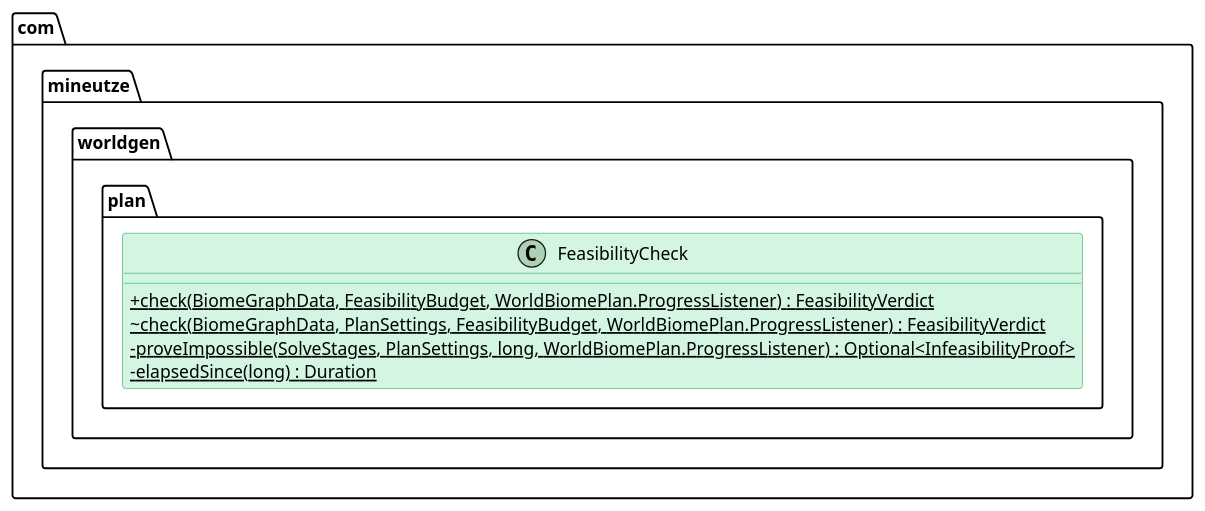
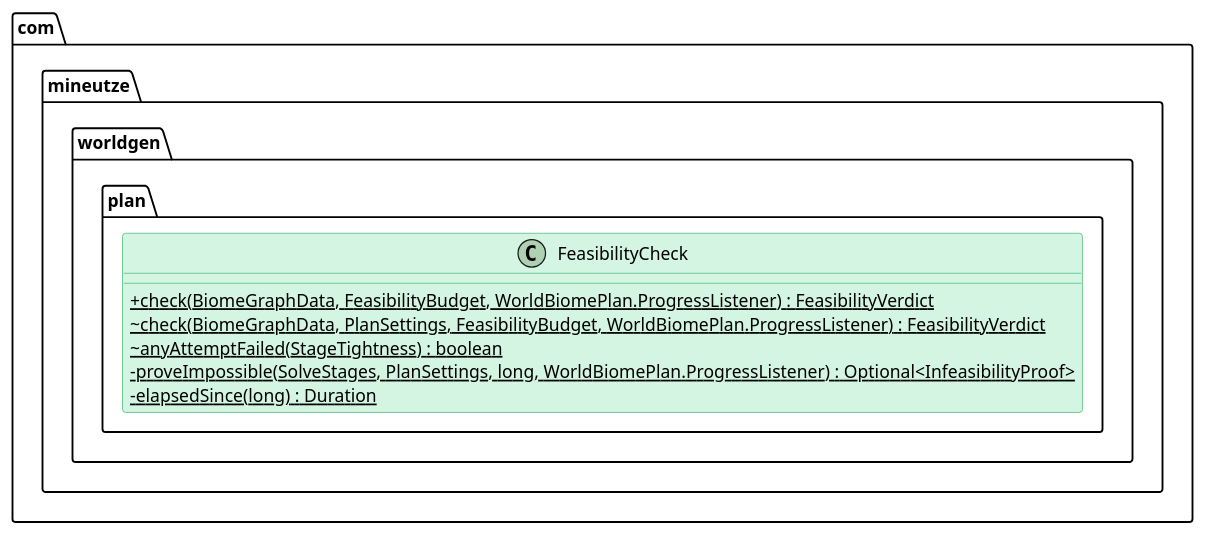
The diagram in companion-mods/mineutze-worldgen/doc/Modelisation/ClassDiagram/com/mineutze/worldgen/plan/FeasibilityCheck.puml (Boulede987/Mine-Utz), drawn with PlantUML before and after one commit. The commit also changed 31 other files, not shown here.

Commit message:
docs(worldgen): regenerate class diagrams for ranking that follows the graph

```diff
--- a/companion-mods/mineutze-worldgen/doc/Modelisation/ClassDiagram/com/mineutze/worldgen/plan/FeasibilityCheck.puml
+++ b/companion-mods/mineutze-worldgen/doc/Modelisation/ClassDiagram/com/mineutze/worldgen/plan/FeasibilityCheck.puml
@@ -1,41 +1,42 @@
 @startuml FeasibilityCheck
 
 skinparam classAttributeIconSize 0
 skinparam shadowing false
 
 skinparam class {
   BackgroundColor<<interface>> #D6EAF8
   BorderColor<<interface>> #2E86C1
 }
 skinparam class {
   BackgroundColor<<abstract>> #E8DAEF
   BorderColor<<abstract>> #8E44AD
 }
 skinparam class {
   BackgroundColor #D5F5E3
   BorderColor #27AE60
 }
 skinparam class {
   BackgroundColor<<record>> #FCF3CF
   BorderColor<<record>> #B7950B
 }
 skinparam class {
   BackgroundColor<<static>> #a7faa0
   BorderColor<<static>> #38d610
 }
 skinparam class {
   BackgroundColor<<enum>> #F5B7B1
   BorderColor<<enum>> #C0392B
 }
 
 namespace com.mineutze.worldgen.plan {
 class FeasibilityCheck {
   + {static} check(BiomeGraphData, FeasibilityBudget, WorldBiomePlan.ProgressListener) : FeasibilityVerdict
   ~ {static} check(BiomeGraphData, PlanSettings, FeasibilityBudget, WorldBiomePlan.ProgressListener) : FeasibilityVerdict
+  ~ {static} anyAttemptFailed(StageTightness) : boolean
   - {static} proveImpossible(SolveStages, PlanSettings, long, WorldBiomePlan.ProgressListener) : Optional<InfeasibilityProof>
   - {static} elapsedSince(long) : Duration
 }
 }
 
 
 @enduml
```
